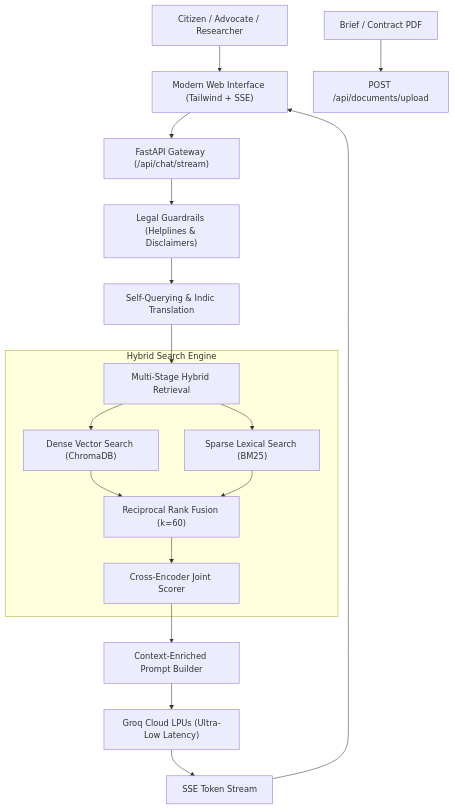
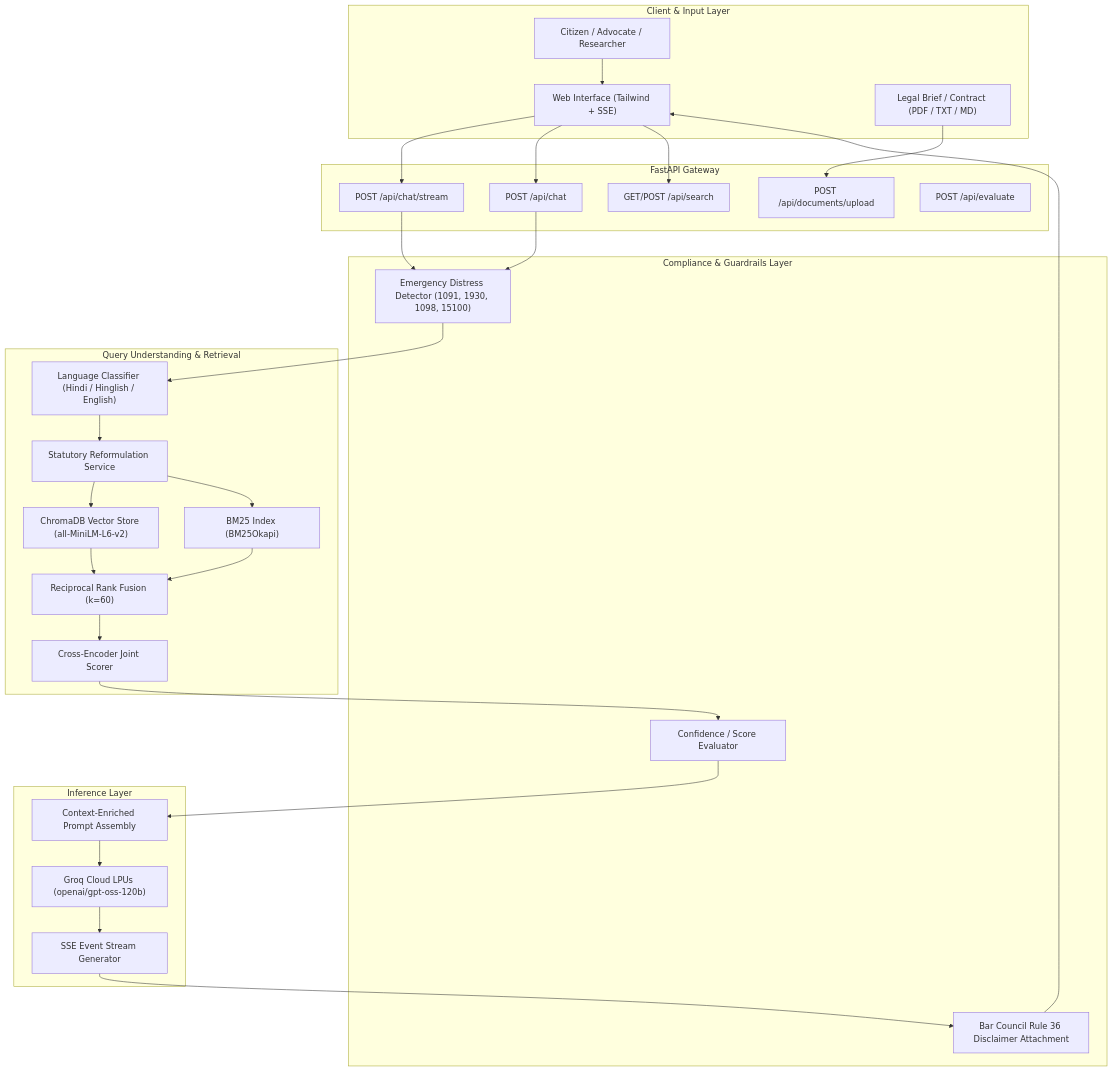
The first of 4 diagrams in README.md (RK0297/Legal-Chatbot), drawn with Mermaid before and after one commit. The commit also changed other lines of this file and 10 other files, not shown here.

````diff
--- a/README.md
+++ b/README.md
@@ -41,23 +90,56 @@
 ```mermaid
 flowchart TD
-    User["Citizen / Advocate / Researcher"] --> WebUI["Modern Web Interface (Tailwind + SSE)"]
-    DocUpload["Brief / Contract PDF"] --> UploadAPI["POST /api/documents/upload"]
-    
-    WebUI --> API["FastAPI Gateway (/api/chat/stream)"]
-    API --> Guardrails["Legal Guardrails (Helplines & Disclaimers)"]
-    
-    Guardrails --> SelfQuery["Self-Querying & Indic Translation"]
-    SelfQuery --> HybridRetrieval["Multi-Stage Hybrid Retrieval"]
-    
-    subgraph HybridEngine["Hybrid Search Engine"]
-        HybridRetrieval --> Dense["Dense Vector Search (ChromaDB)"]
-        HybridRetrieval --> Sparse["Sparse Lexical Search (BM25)"]
-        Dense & Sparse --> RRF["Reciprocal Rank Fusion (k=60)"]
-        RRF --> Rerank["Cross-Encoder Joint Scorer"]
+    subgraph ClientLayer["Client & Input Layer"]
+        User["Citizen / Advocate / Researcher"]
+        WebUI["Web Interface (Tailwind + SSE)"]
+        UploadDoc["Legal Brief / Contract (PDF / TXT / MD)"]
     end
-    
-    Rerank --> ContextPrompt["Context-Enriched Prompt Builder"]
-    ContextPrompt --> GroqLPU["Groq Cloud LPUs (Ultra-Low Latency)"]
-    GroqLPU --> SSEStream["SSE Token Stream"]
-    SSEStream --> WebUI
+
+    subgraph APILayer["FastAPI Gateway"]
+        StreamEndpoint["POST /api/chat/stream"]
+        SyncEndpoint["POST /api/chat"]
+        UploadEndpoint["POST /api/documents/upload"]
+        SearchEndpoint["GET/POST /api/search"]
+        EvalEndpoint["POST /api/evaluate"]
+    end
+
+    subgraph GuardrailsEngine["Compliance & Guardrails Layer"]
+        EmergencyCheck["Emergency Distress Detector (1091, 1930, 1098, 15100)"]
+        ConfidenceCheck["Confidence / Score Evaluator"]
+        DisclaimerCheck["Bar Council Rule 36 Disclaimer Attachment"]
+    end
+
+    subgraph QueryEngine["Query Understanding & Retrieval"]
+        LangDetector["Language Classifier (Hindi / Hinglish / English)"]
+        SelfQuery["Statutory Reformulation Service"]
+        DenseSearch["ChromaDB Vector Store (all-MiniLM-L6-v2)"]
+        SparseSearch["BM25 Index (BM25Okapi)"]
+        RRF["Reciprocal Rank Fusion (k=60)"]
+        CrossRerank["Cross-Encoder Joint Scorer"]
+    end
+
+    subgraph GenerationEngine["Inference Layer"]
+        PromptBuilder["Context-Enriched Prompt Assembly"]
+        GroqLPU["Groq Cloud LPUs (openai/gpt-oss-120b)"]
+        SSEGenerator["SSE Event Stream Generator"]
+    end
+
+    User --> WebUI
+    UploadDoc --> UploadEndpoint
+    WebUI --> StreamEndpoint
+    WebUI --> SyncEndpoint
+    WebUI --> SearchEndpoint
+
+    StreamEndpoint & SyncEndpoint --> EmergencyCheck
+    EmergencyCheck --> LangDetector
+    LangDetector --> SelfQuery
+    SelfQuery --> DenseSearch & SparseSearch
+    DenseSearch & SparseSearch --> RRF
+    RRF --> CrossRerank
+    CrossRerank --> ConfidenceCheck
+    ConfidenceCheck --> PromptBuilder
+    PromptBuilder --> GroqLPU
+    GroqLPU --> SSEGenerator
+    SSEGenerator --> DisclaimerCheck
+    DisclaimerCheck --> WebUI
 ```
````
